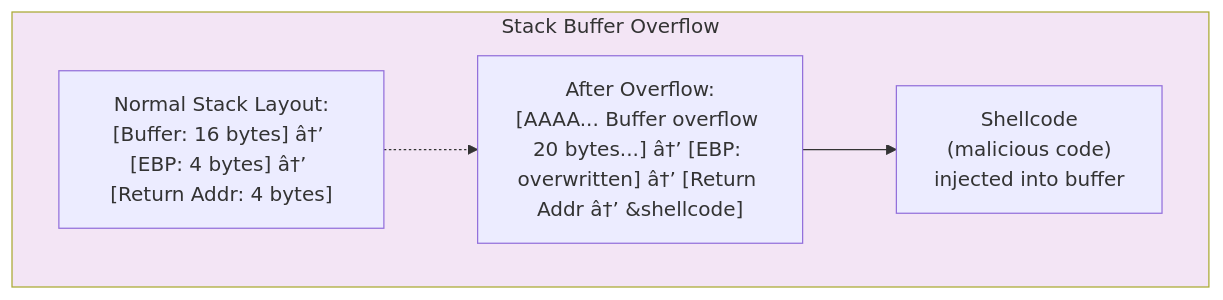
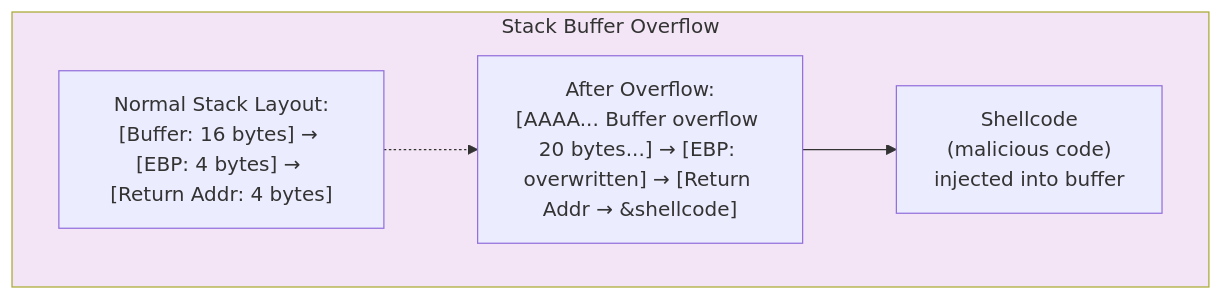
Before and after one commit to Raushan666java/ai-engineering-journey: the fourth of 5 diagrams in docs/courses/information-security/03-cyber-threats-attacks.md, drawn with Mermaid. The commit also changed other lines of this file and 965 other files, not shown here.

````diff
--- a/docs/courses/information-security/03-cyber-threats-attacks.md
+++ b/docs/courses/information-security/03-cyber-threats-attacks.md
@@ -398,12 +398,12 @@
 ```mermaid
 flowchart TD
     subgraph StackOverflow[Stack Buffer Overflow]
         direction LR
-        N["Normal Stack Layout:<br/>[Buffer: 16 bytes] â†’ [EBP: 4 bytes] â†’ [Return Addr: 4 bytes]"]
-        A["After Overflow:<br/>[AAAA... Buffer overflow 20 bytes...] â†’ [EBP: overwritten] â†’ [Return Addr â†’ &shellcode]"]
+        N["Normal Stack Layout:<br/>[Buffer: 16 bytes] → [EBP: 4 bytes] → [Return Addr: 4 bytes]"]
+        A["After Overflow:<br/>[AAAA... Buffer overflow 20 bytes...] → [EBP: overwritten] → [Return Addr → &shellcode]"]
         S["Shellcode<br/>(malicious code)<br/>injected into buffer"]
         A --> S
         N -.-> A
     end
     style StackOverflow fill:#f3e5f5
 ```
````
